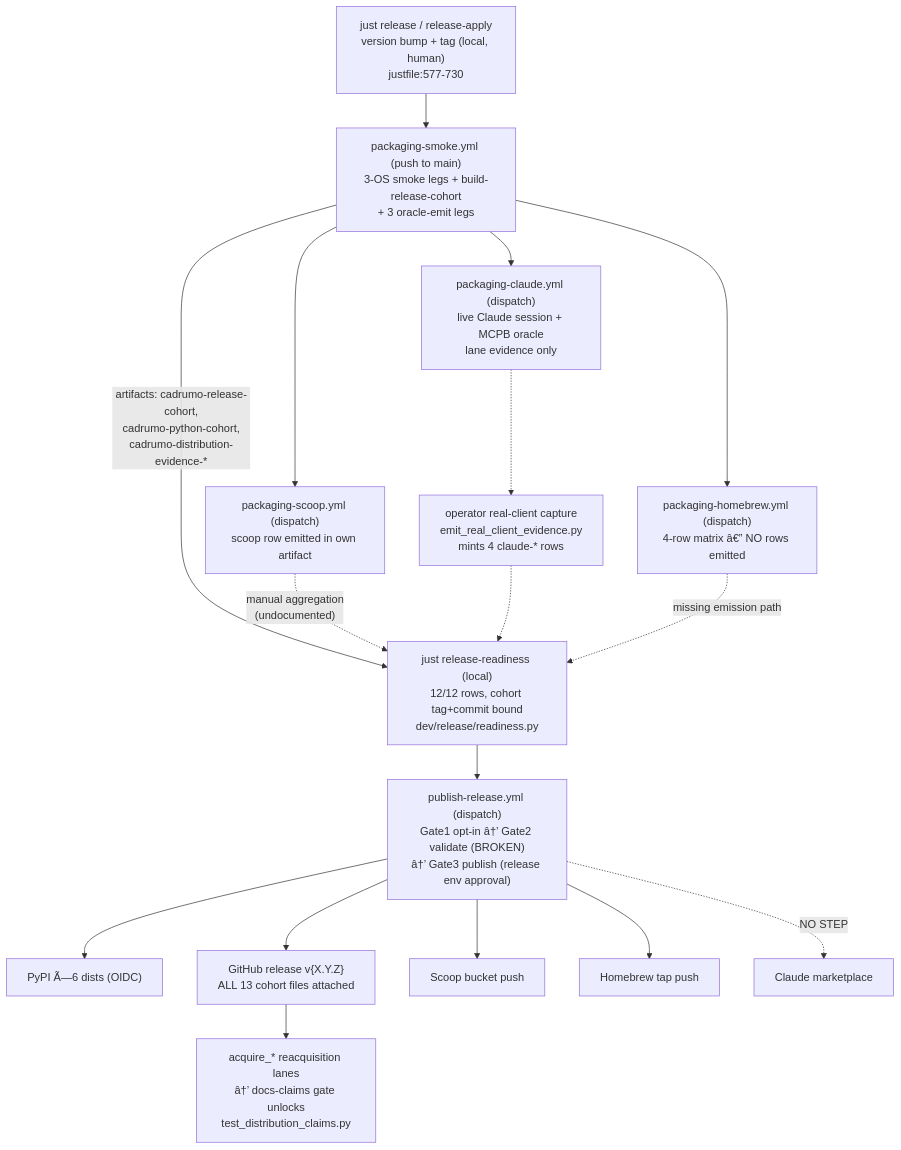
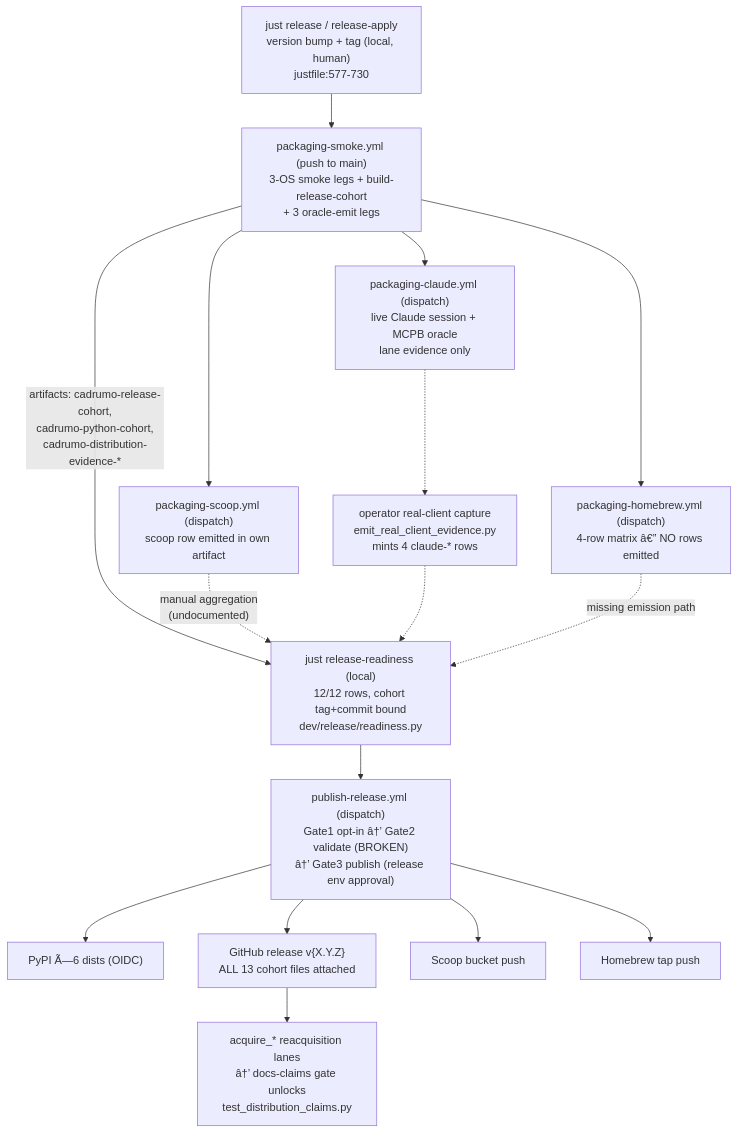
Before and after one commit to nevenincs/cadrumo: the diagram in .vault/reference/2026-07-19-post-release-distribution-reference.md, drawn with Mermaid. The commit also changed other lines of this file and 8832 other files, not shown here.

````diff
--- a/.vault/reference/2026-07-19-post-release-distribution-reference.md
+++ b/.vault/reference/2026-07-19-post-release-distribution-reference.md
@@ -163,19 +162,18 @@
 ```mermaid
 flowchart TD
     A["just release / release-apply<br/>version bump + tag (local, human)<br/>justfile:577-730"] --> B
     B["packaging-smoke.yml (push to main)<br/>3-OS smoke legs + build-release-cohort<br/>+ 3 oracle-emit legs"] -->|"artifacts: cadrumo-release-cohort,<br/>cadrumo-python-cohort,<br/>cadrumo-distribution-evidence-*"| C
     B --> D["packaging-scoop.yml (dispatch)<br/>scoop row emitted in own artifact"]
     B --> E["packaging-homebrew.yml (dispatch)<br/>4-row matrix â€” NO rows emitted"]
     B --> F["packaging-claude.yml (dispatch)<br/>live Claude session + MCPB oracle<br/>lane evidence only"]
     F -.-> G["operator real-client capture<br/>emit_real_client_evidence.py<br/>mints 4 claude-* rows"]
     C["just release-readiness (local)<br/>12/12 rows, cohort tag+commit bound<br/>dev/release/readiness.py"] --> H
     D -.->|"manual aggregation<br/>(undocumented)"| C
     G -.-> C
     E -.->|"missing emission path"| C
     H["publish-release.yml (dispatch)<br/>Gate1 opt-in â†’ Gate2 validate (BROKEN)<br/>â†’ Gate3 publish (release env approval)"] --> I["PyPI Ã—6 dists (OIDC)"]
     H --> J["GitHub release v{X.Y.Z}<br/>ALL 13 cohort files attached"]
     H --> K["Scoop bucket push"]
     H --> L["Homebrew tap push"]
-    H -.->|"NO STEP"| M["Claude marketplace"]
     J --> N["acquire_* reacquisition lanes<br/>â†’ docs-claims gate unlocks<br/>test_distribution_claims.py"]
 ```
````
